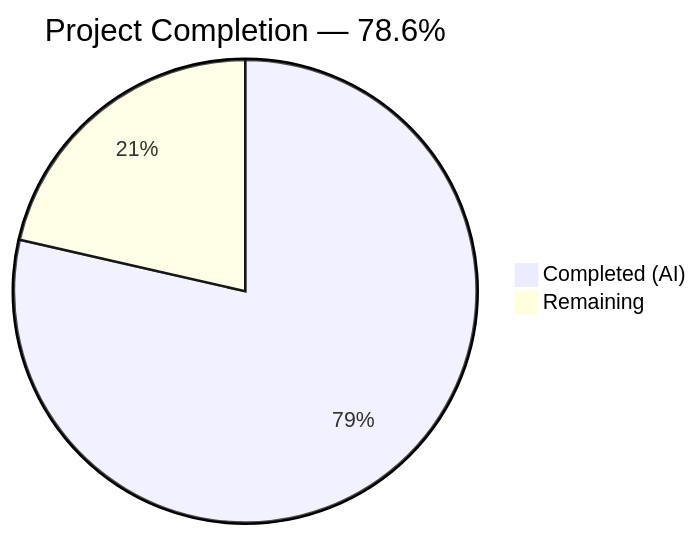
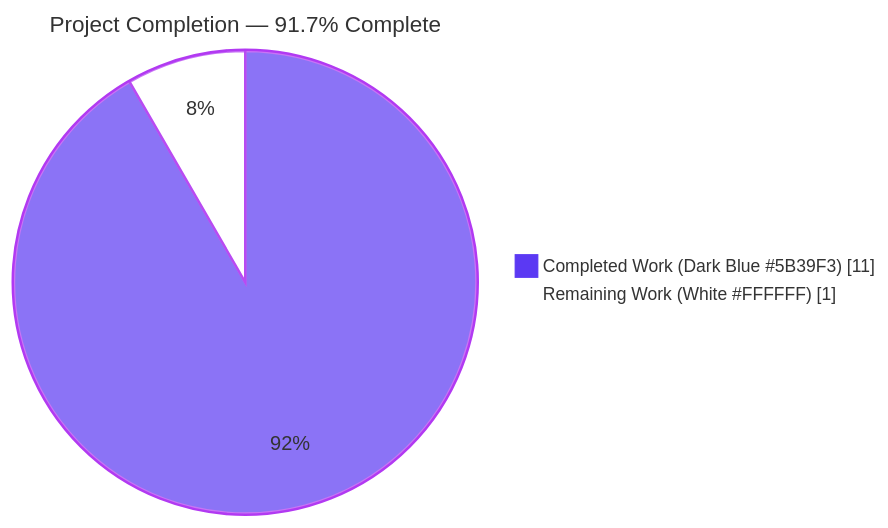
One commit to TestadoBlitzy/Existing-product changed the first of 4 diagrams in blitzy/documentation/Project Guide.md. Above: the diagram before and after it, drawn with Mermaid. The commit also changed other lines of this file, not shown here.

Commit message:
Adding Blitzy Project Guide: Project Status and Human Tasks Remaining

````diff
--- a/blitzy/documentation/Project Guide.md
+++ b/blitzy/documentation/Project Guide.md
@@ -14,5 +11,7 @@
 ```mermaid
-pie title Project Completion — 78.6%
-    "Completed (AI)" : 5.5
-    "Remaining" : 1.5
+%%{init: {'theme':'base', 'themeVariables': {'pie1':'#5B39F3','pie2':'#FFFFFF','pieStrokeColor':'#B23AF2','pieOuterStrokeColor':'#B23AF2','pieTitleTextSize':'18px','pieSectionTextSize':'16px','pieLegendTextSize':'14px'}}}%%
+pie showData
+    title Project Completion — 91.7% Complete
+    "Completed Work (Dark Blue #5B39F3)" : 11
+    "Remaining Work (White #FFFFFF)" : 1
 ```
````
